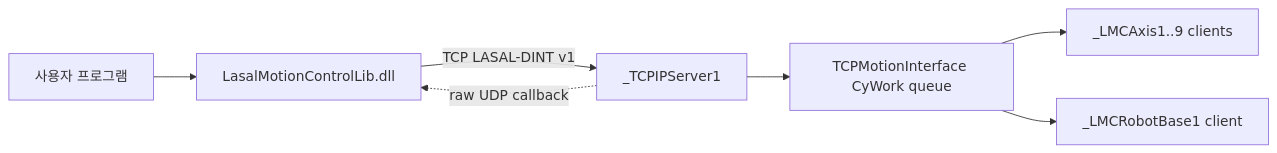
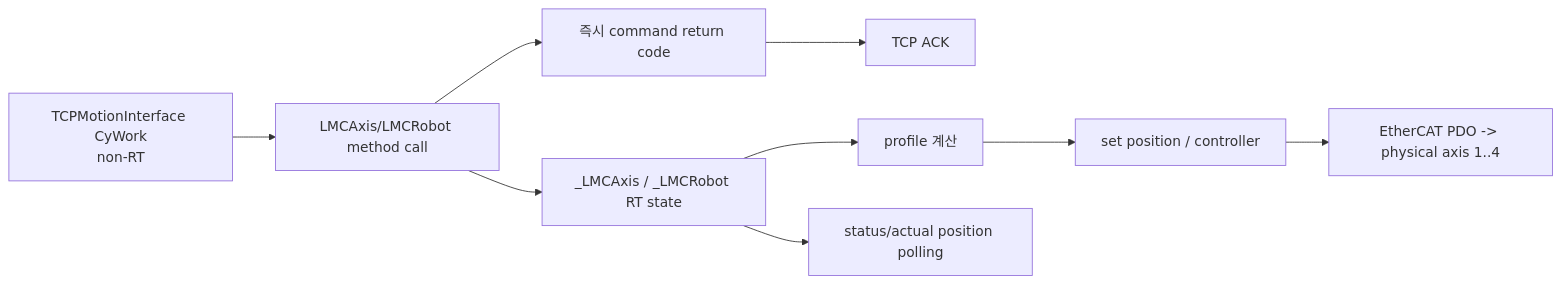
The fifth of 5 diagrams in LMC_Library/LMC_API/API_DEVELOPMENT_GUIDE.md (dreiven61/Elmo_Master), drawn with Mermaid before and after one commit. The commit also changed other lines of this file and 13 other files, not shown here.

````diff
--- a/LMC_Library/LMC_API/API_DEVELOPMENT_GUIDE.md
+++ b/LMC_Library/LMC_API/API_DEVELOPMENT_GUIDE.md
@@ -28,9 +492,11 @@
 ```mermaid
 flowchart LR
-    A["사용자 프로그램"] --> B["LasalMotionControlLib.dll"]
-    B -->|"TCP LASAL-DINT v1"| C["_TCPIPServer1"]
-    C --> D["TCPMotionInterface CyWork queue"]
-    D --> E["_LMCAxis1..9 clients"]
-    D --> F["_LMCRobotBase1 client"]
-    C -. "raw UDP callback" .-> B
+    A["TCPMotionInterface CyWork\nnon-RT"] --> B["LMCAxis/LMCRobot method call"]
+    B --> C["즉시 command return code"]
+    C --> D["TCP ACK"]
+    B --> E["_LMCAxis / _LMCRobot RT state"]
+    E --> F["profile 계산"]
+    F --> G["set position / controller"]
+    G --> H["EtherCAT PDO -> physical axis 1..4"]
+    E --> I["status/actual position polling"]
 ```
````
